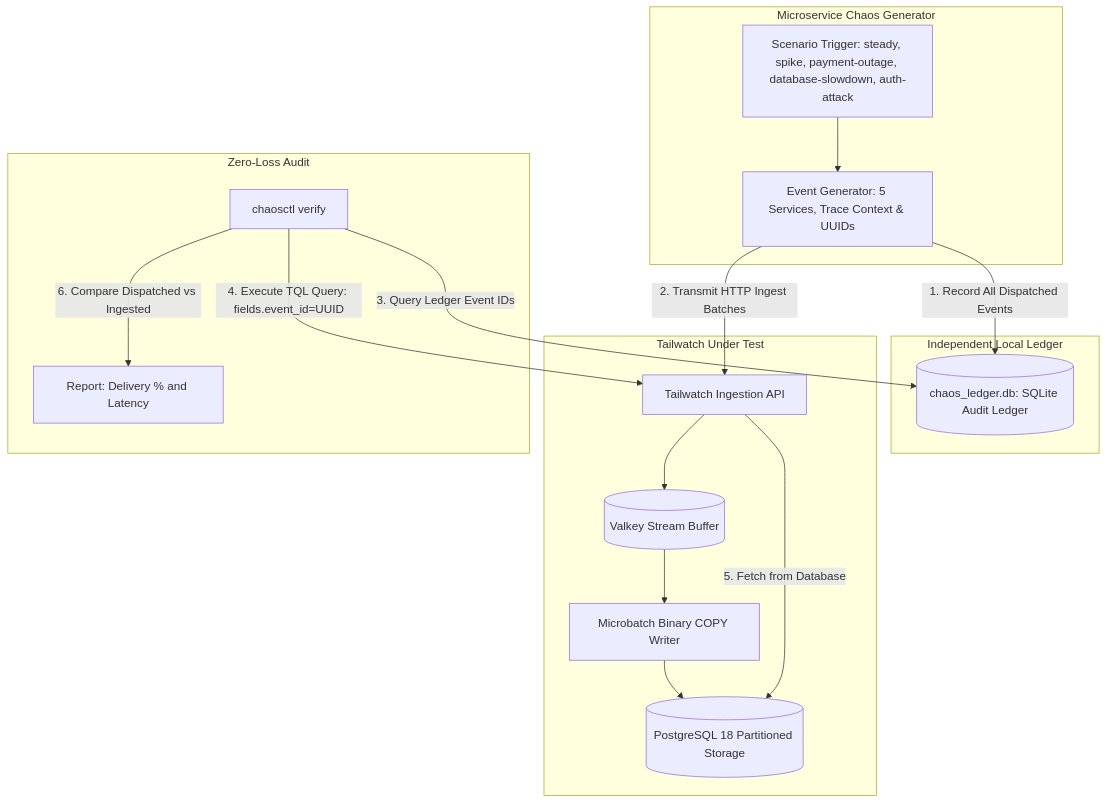
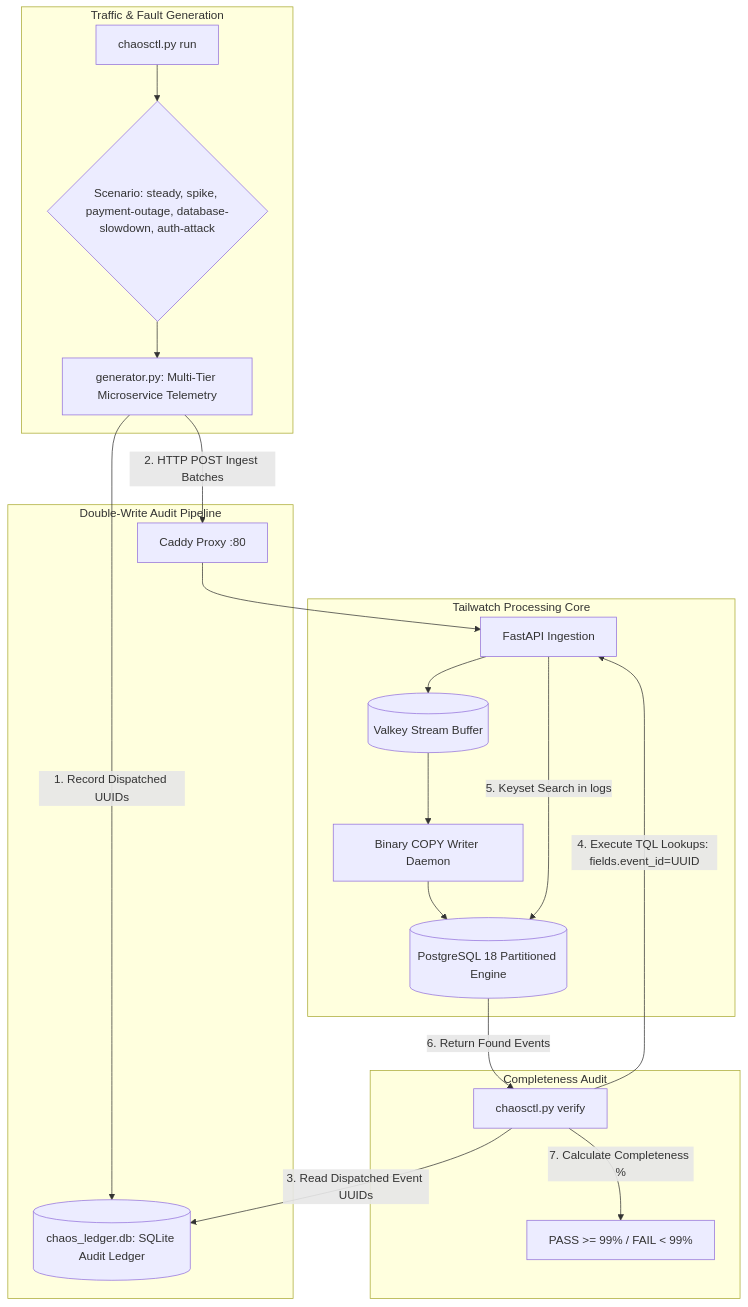
Before and after one commit to ADI-2707/Tailwatch: the diagram in chaos/README.md, drawn with Mermaid. The commit also changed other lines of this file and 5 other files, not shown here.

Commit message:
docs: update root and subsystem readmes with flowcharts, architecture diagrams, and component trees

````diff
--- a/chaos/README.md
+++ b/chaos/README.md
@@ -7,26 +9,27 @@
 ```mermaid
 graph TD
-    subgraph Simulation [Microservice Chaos Generator]
-        SCN[Scenario Trigger: steady, spike, payment-outage, database-slowdown, auth-attack]
-        GEN[Event Generator: 5 Services, Trace Context & UUIDs]
-        SCN --> GEN
+    subgraph Injection [Traffic & Fault Generation]
+        CTL[chaosctl.py run] --> SCEN{Scenario: steady, spike, payment-outage, database-slowdown, auth-attack}
+        SCEN --> GEN[generator.py: Multi-Tier Microservice Telemetry]
     end
 
-    subgraph Audit [Independent Local Ledger]
-        GEN -->|1. Record All Dispatched Events| LEDGER[(chaos_ledger.db: SQLite Audit Ledger)]
+    subgraph DoubleWrite [Double-Write Audit Pipeline]
+        GEN -->|1. Record Dispatched UUIDs| LEDGER[(chaos_ledger.db: SQLite Audit Ledger)]
+        GEN -->|2. HTTP POST Ingest Batches| CADDY[Caddy Proxy :80]
     end
 
-    subgraph Platform [Tailwatch Under Test]
-        GEN -->|2. Transmit HTTP Ingest Batches| ING[Tailwatch Ingestion API]
-        ING --> STR[(Valkey Stream Buffer)]
-        STR --> WRT[Microbatch Binary COPY Writer]
-        WRT --> DB[(PostgreSQL 18 Partitioned Storage)]
+    subgraph Platform [Tailwatch Processing Core]
+        CADDY --> API[FastAPI Ingestion]
+        API --> VK[(Valkey Stream Buffer)]
+        VK --> WRT[Binary COPY Writer Daemon]
+        WRT --> DB[(PostgreSQL 18 Partitioned Engine)]
     end
 
-    subgraph Verification [Zero-Loss Audit]
-        VER[chaosctl verify] -->|3. Query Ledger Event IDs| LEDGER
-        VER -->|4. Execute TQL Query: fields.event_id=UUID| ING
-        ING -->|5. Fetch from Database| DB
-        VER -->|6. Compare Dispatched vs Ingested| REP[Report: Delivery % and Latency]
+    subgraph AuditCheck [Completeness Audit]
+        VER[chaosctl.py verify] -->|3. Read Dispatched Event UUIDs| LEDGER
+        VER -->|4. Execute TQL Lookups: fields.event_id=UUID| API
+        API -->|5. Keyset Search in logs| DB
+        DB -->|6. Return Found Events| VER
+        VER -->|7. Calculate Completeness %| REPORT[PASS >= 99% / FAIL < 99%]
     end
 ```
````
